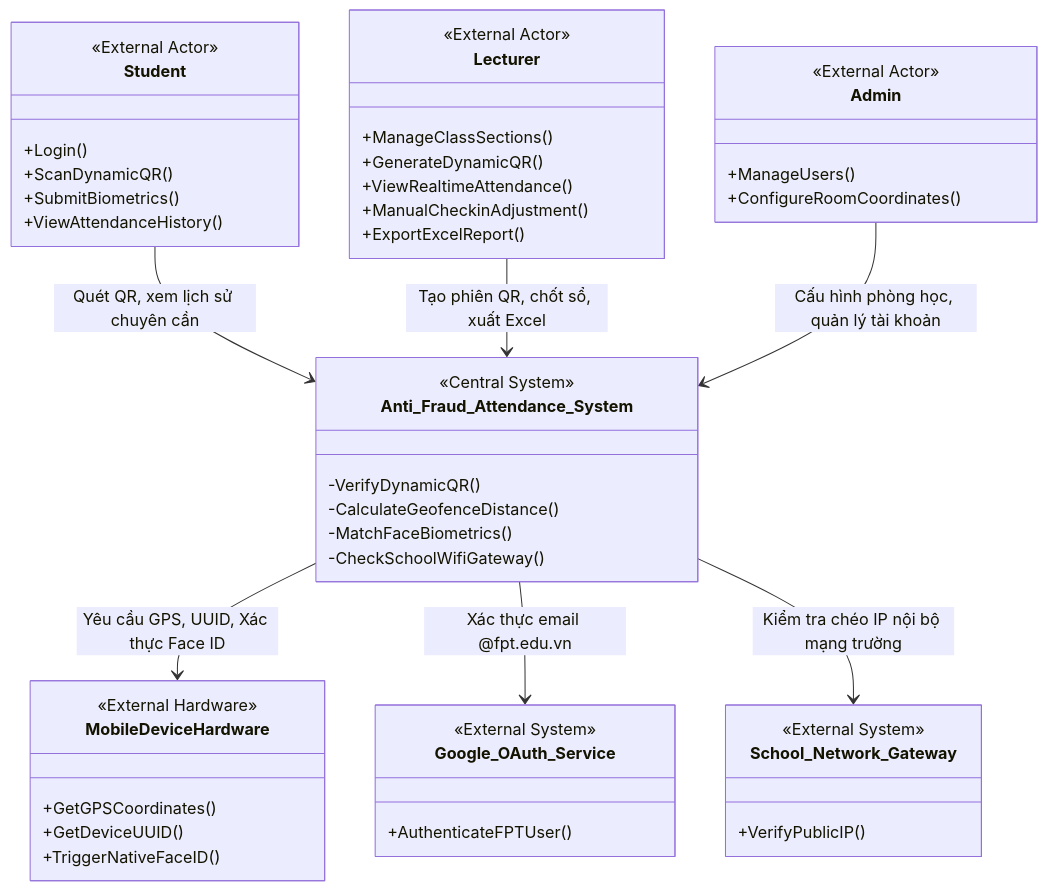
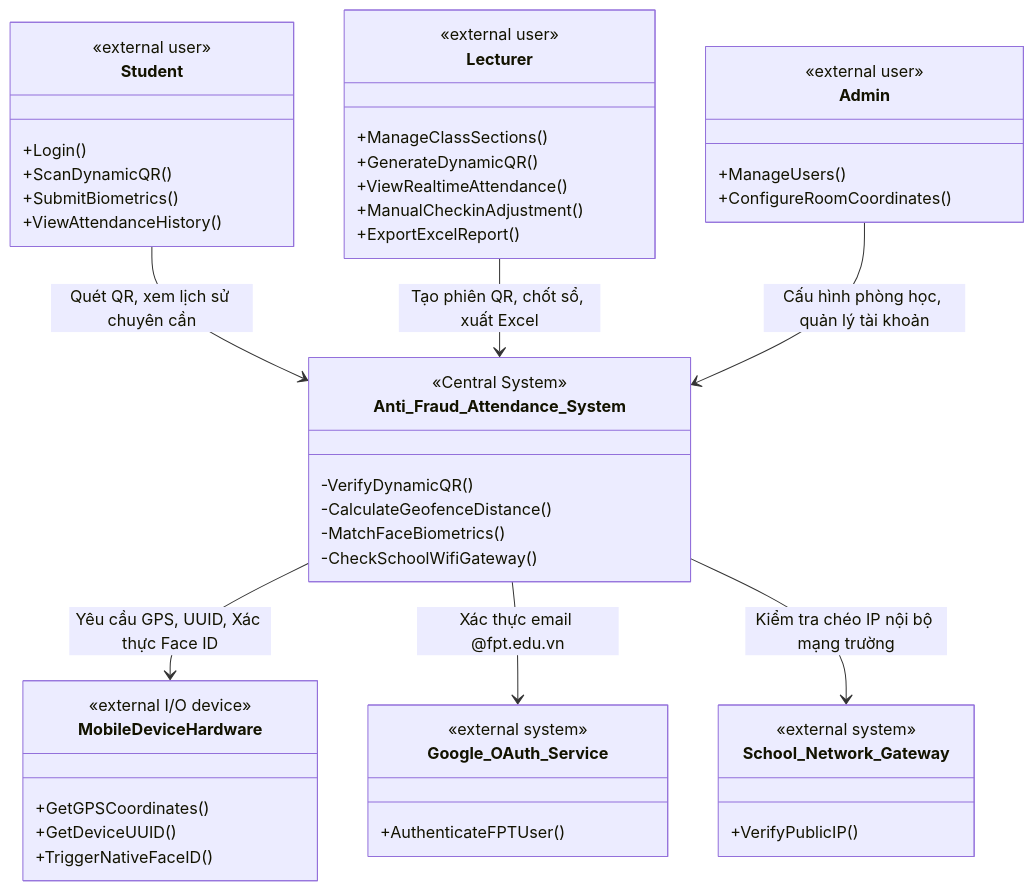
The first of 31 diagrams in AFAS_RDS_Document.md (nttung42/SWD392), drawn with Mermaid before and after one commit. The commit also changed other lines of this file, not shown here.

````diff
--- a/AFAS_RDS_Document.md
+++ b/AFAS_RDS_Document.md
@@ -88,58 +109,58 @@
 ```mermaid
 classDiagram
     class Anti_Fraud_Attendance_System {
         <<Central System>>
         -VerifyDynamicQR()
         -CalculateGeofenceDistance()
         -MatchFaceBiometrics()
         -CheckSchoolWifiGateway()
     }
 
     class Student {
-        <<External Actor>>
+        <<external user>>
         +Login()
         +ScanDynamicQR()
         +SubmitBiometrics()
         +ViewAttendanceHistory()
     }
 
     class Lecturer {
-        <<External Actor>>
+        <<external user>>
         +ManageClassSections()
         +GenerateDynamicQR()
         +ViewRealtimeAttendance()
         +ManualCheckinAdjustment()
         +ExportExcelReport()
     }
 
     class Admin {
-        <<External Actor>>
+        <<external user>>
         +ManageUsers()
         +ConfigureRoomCoordinates()
     }
 
     class MobileDeviceHardware {
-        <<External Hardware>>
+        <<external I/O device>>
         +GetGPSCoordinates()
         +GetDeviceUUID()
         +TriggerNativeFaceID()
     }
 
     class Google_OAuth_Service {
-        <<External System>>
+        <<external system>>
         +AuthenticateFPTUser()
     }
 
     class School_Network_Gateway {
-        <<External System>>
+        <<external system>>
         +VerifyPublicIP()
     }
 
     Student --> Anti_Fraud_Attendance_System : Quét QR, xem lịch sử chuyên cần
     Lecturer --> Anti_Fraud_Attendance_System : Tạo phiên QR, chốt sổ, xuất Excel
     Admin --> Anti_Fraud_Attendance_System : Cấu hình phòng học, quản lý tài khoản
 
     Anti_Fraud_Attendance_System --> MobileDeviceHardware : Yêu cầu GPS, UUID, Xác thực Face ID
     Anti_Fraud_Attendance_System --> Google_OAuth_Service : Xác thực email @fpt.edu.vn
     Anti_Fraud_Attendance_System --> School_Network_Gateway : Kiểm tra chéo IP nội bộ mạng trường
 ```
````
